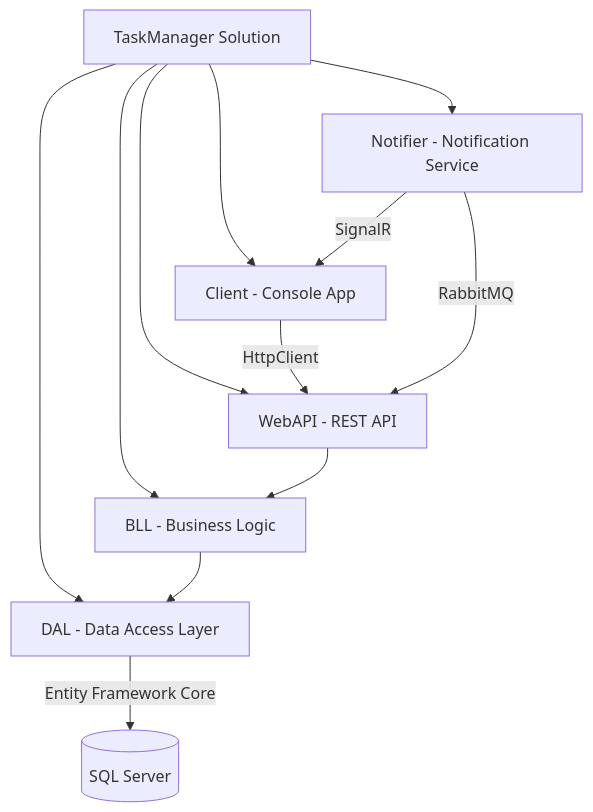
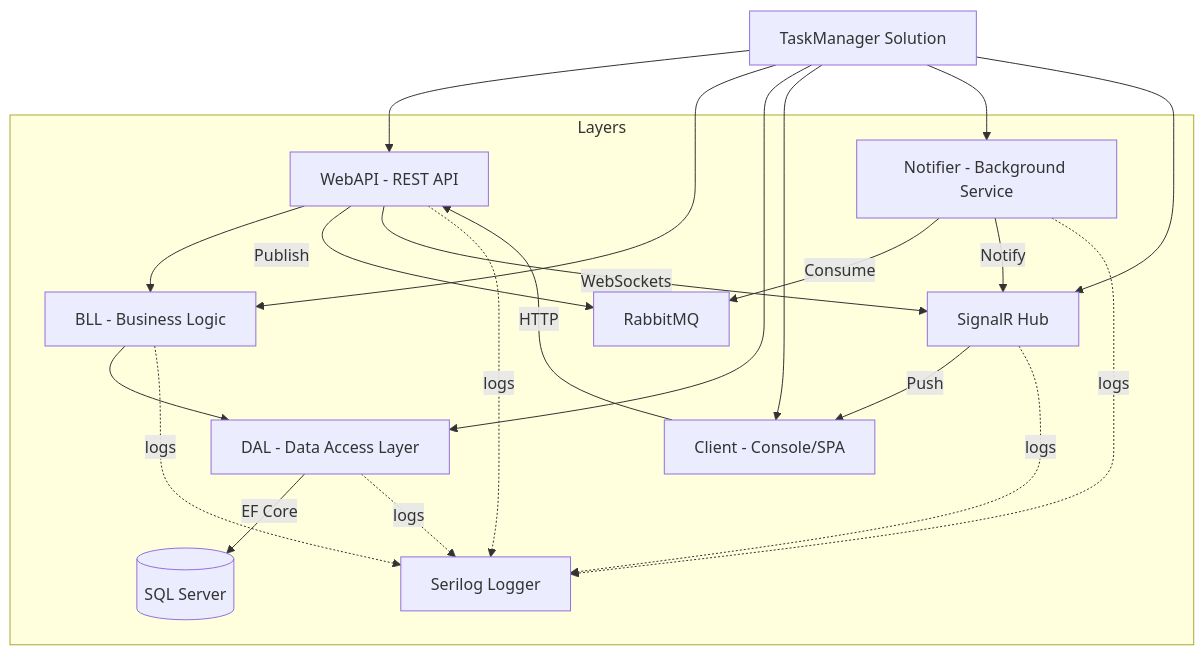
Before and after one commit to serhiiyasenev/TaskManager: the second of 2 diagrams in README.md, drawn with Mermaid. The commit also changed other lines of this file, not shown here.

````diff
--- a/README.md
+++ b/README.md
@@ -58,15 +58,47 @@
 ```mermaid
 graph TD
-    A[TaskManager Solution] --> B[BLL - Business Logic]
-    A --> C[DAL - Data Access Layer]
-    A --> D[WebAPI - REST API]
-    A --> E[Client - Console App]
-    A --> F[Notifier - Notification Service]
+    A[TaskManager Solution]
+    subgraph LAYERS[Layers]
+      B[BLL - Business Logic]
+      C[DAL - Data Access Layer]
+      D[WebAPI - REST API]
+      E[Client - Console/SPA]
+      F[Notifier - Background Service]
+      H[SignalR Hub]
+      R[RabbitMQ]
+      DB[(SQL Server)]
+      LG[Serilog Logger]
+    end
 
+    A --> D
+    A --> B
+    A --> C
+    A --> E
+    A --> F
+    A --> H
+
+    %% Dependencies
+    D --> B
     B --> C
-    D --> B
-    C -->|Entity Framework Core| DB[(SQL Server)]
-    E -->|HttpClient| D
-    F -->|RabbitMQ| D
-    F -->|SignalR| E
+    C -->|EF Core| DB
+
+    %% Messaging
+    D -->|Publish| R
+    F -->|Consume| R
+
+    %% Realtime
+    D -->|WebSockets| H
+    F -->|Notify| H
+    H -->|Push| E
+
+    %% Clients call API
+    E -->|HTTP| D
+
+    %% Logging (dotted)
+    D -.->|logs| LG
+    B -.->|logs| LG
+    C -.->|logs| LG
+    F -.->|logs| LG
+    H -.->|logs| LG
+
 ```
````
